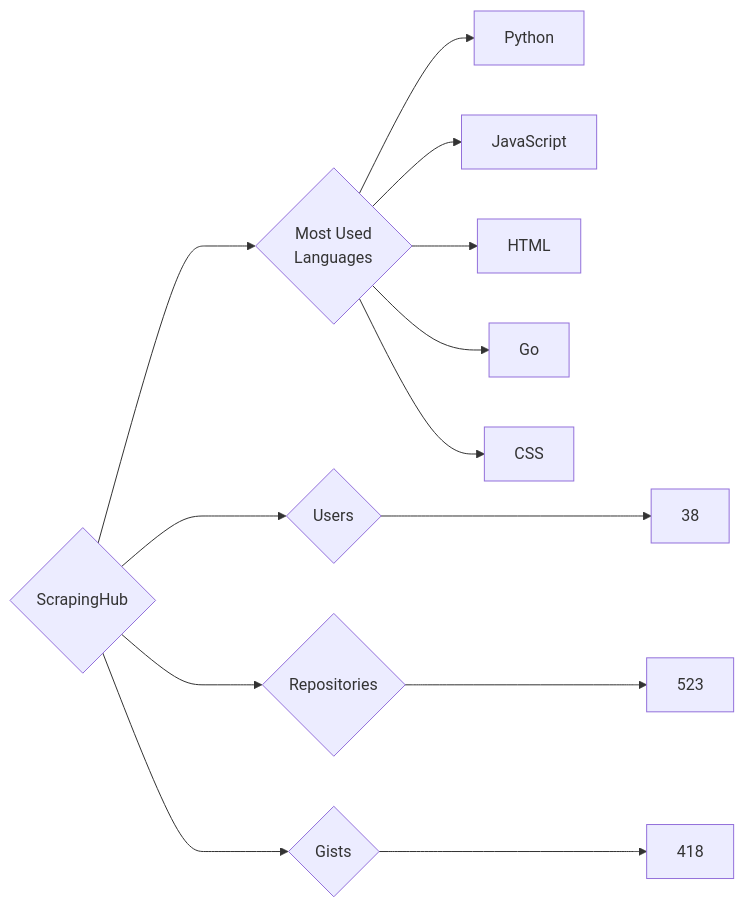
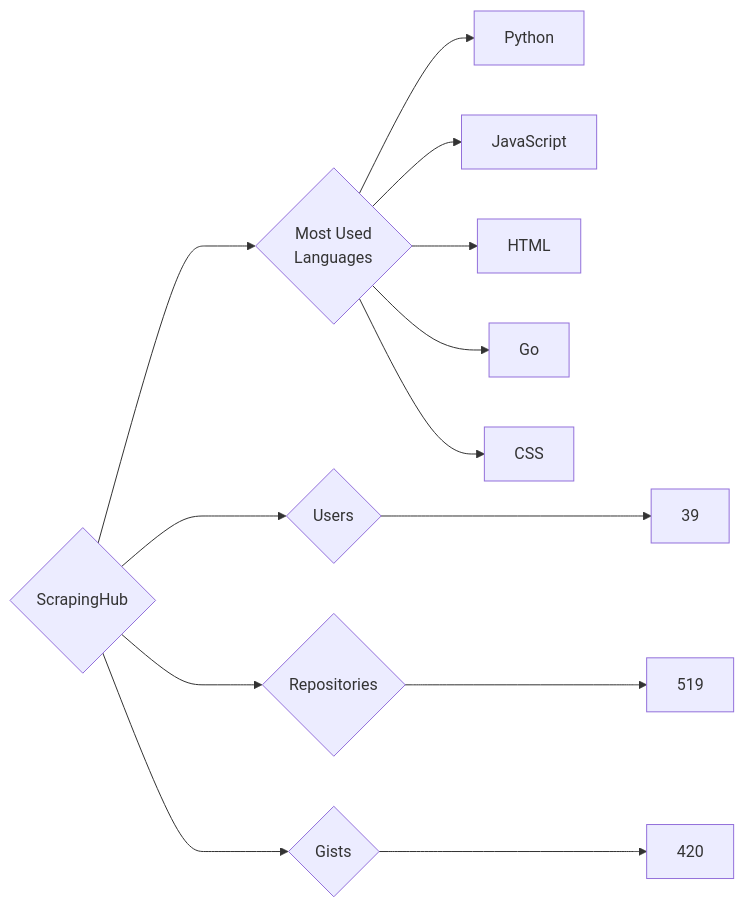
One commit to trickest/insiders changed the diagram in targets/ScrapingHub/README.md. Above: the diagram before and after it, drawn with Mermaid. The commit also changed 995 other files, not shown here.

````diff
--- a/targets/ScrapingHub/README.md
+++ b/targets/ScrapingHub/README.md
@@ -3,13 +3,13 @@
 ```mermaid
 graph LR
 COMPANY_NAME{ScrapingHub}
-COMPANY_NAME ---> U{Users} ---> UN[38]
-COMPANY_NAME ---> R{Repositories} ---> RN[523]
-COMPANY_NAME ---> G{Gists} ---> GN[418]
+COMPANY_NAME ---> U{Users} ---> UN[39]
+COMPANY_NAME ---> R{Repositories} ---> RN[519]
+COMPANY_NAME ---> G{Gists} ---> GN[420]
 COMPANY_NAME ---> ML{Most Used<br>Languages}
 ML --> Python[Python]
 ML --> JavaScript[JavaScript]
 ML --> HTML[HTML]
 ML --> Go[Go]
 ML --> CSS[CSS]
 ```
````
